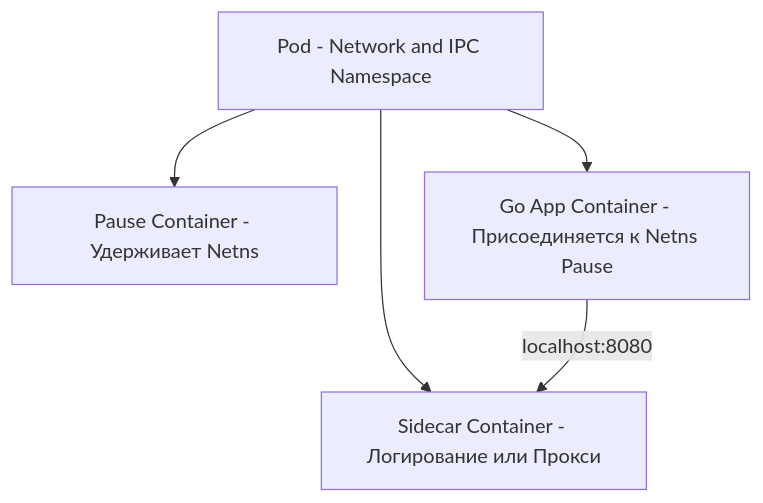
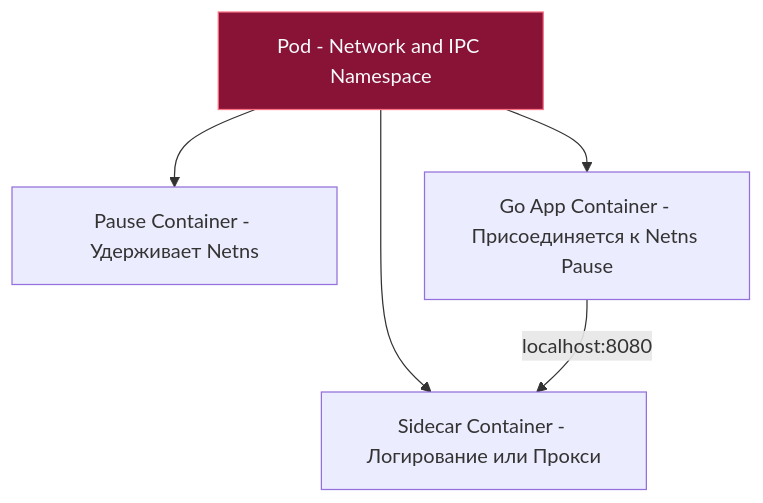
One commit to UnrealTemplier/go-textbook changed the first of 3 diagrams in sources/19. Инфраструктура. Linux, nginx, Docker, Kubernetes/04. Kubernetes/2. Pod, Deployment, Service.md. Above: the diagram before and after it, drawn with Mermaid. The commit also changed other lines of this file and 1666 other files, not shown here.

First line of the commit message:
feat(mermaid): add semantic color classDef to 1369 colorless flowchart/graph diagrams

````diff
--- a/sources/19. Инфраструктура. Linux, nginx, Docker, Kubernetes/04. Kubernetes/2. Pod, Deployment, Service.md
+++ b/sources/19. Инфраструктура. Linux, nginx, Docker, Kubernetes/04. Kubernetes/2. Pod, Deployment, Service.md
@@ -30,7 +30,17 @@
 ```mermaid
 flowchart TD
-    A["Pod - Network and IPC Namespace"] --> B["Pause Container - Удерживает Netns"]
+    classDef process  fill:#1e293b,stroke:#38bdf8,stroke-width:1px,color:#f8fafc
+    classDef success  fill:#064e3b,stroke:#34d399,stroke-width:1px,color:#f8fafc
+    classDef error    fill:#7f1d1d,stroke:#f87171,stroke-width:1px,color:#f8fafc
+    classDef warning  fill:#78350f,stroke:#fbbf24,stroke-width:1px,color:#f8fafc
+    classDef entry    fill:#1e3a5f,stroke:#38bdf8,stroke-width:2px,color:#f8fafc
+    classDef aux      fill:#334155,stroke:#64748b,stroke-width:1px,color:#f8fafc
+    classDef system   fill:#312e81,stroke:#a78bfa,stroke-width:1px,color:#f8fafc
+    classDef data     fill:#132d29,stroke:#2dd4bf,stroke-width:1px,color:#f8fafc
+    classDef network  fill:#881337,stroke:#fb7185,stroke-width:1px,color:#f8fafc
+    classDef accent   fill:#1e1b4b,stroke:#818cf8,stroke-width:1px,color:#f8fafc
+    A["Pod - Network and IPC Namespace"]:::network --> B["Pause Container - Удерживает Netns"]
     A --> C["Go App Container - Присоединяется к Netns Pause"]
     A --> D["Sidecar Container - Логирование или Прокси"]
     C -->|"localhost:8080"| D
 ```
````
